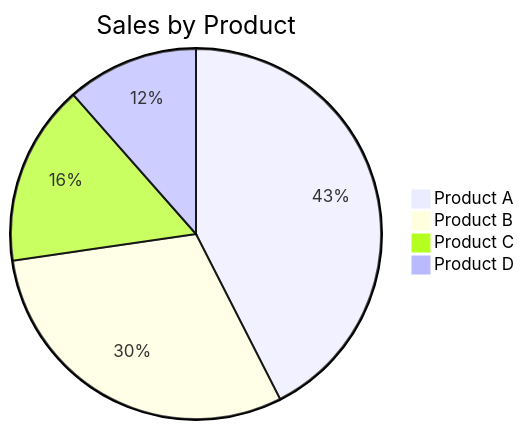
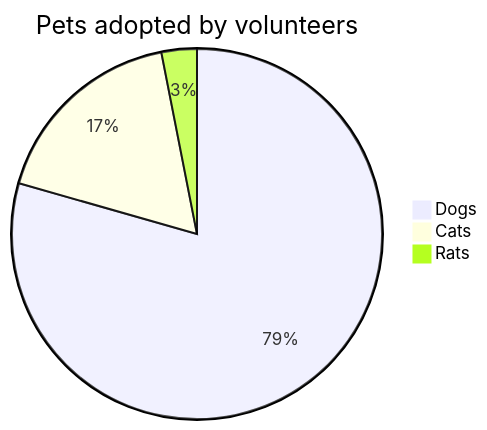
Before and after one commit to teachingai/full-stack-skills: the first of 4 diagrams in skills/mermaid/examples/pie.md, drawn with Mermaid. The commit also changed other lines of this file and 21 other files, not shown here.

First line of the commit message:
docs(mermaid): 更新架构、块、C4和类图示例文档

````diff
--- a/skills/mermaid/examples/pie.md
+++ b/skills/mermaid/examples/pie.md
@@ -19,7 +22,6 @@
 ```mermaid
-pie title Sales by Product
-    "Product A" : 42.5
-    "Product B" : 30.2
-    "Product C" : 15.8
-    "Product D" : 11.5
+pie title Pets adopted by volunteers
+    "Dogs" : 386
+    "Cats" : 85
+    "Rats" : 15
 ```
````
